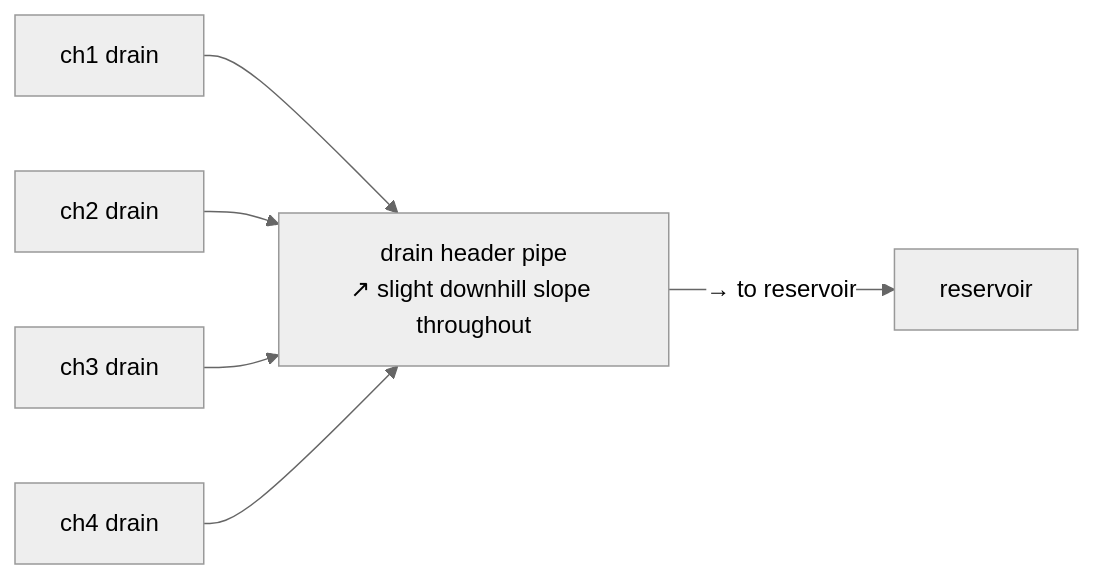
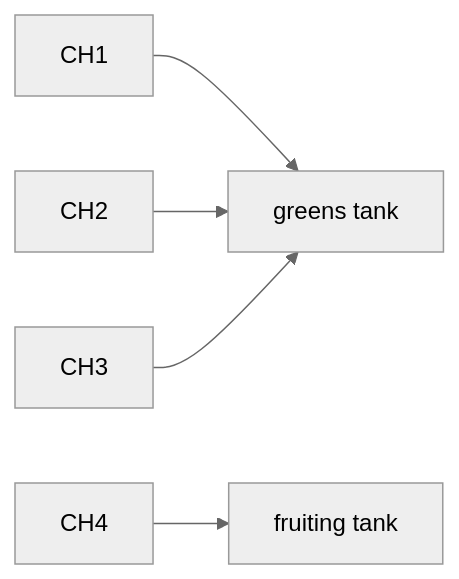
One commit to UncleJS/guide_hydroponics changed diagram 13 of 17 in guide/nft/11-build-guide.md. Above: the diagram before and after it, drawn with Mermaid (neutral theme). The commit also changed other lines of this file and 35 other files, not shown here.

````diff
--- a/guide/nft/11-build-guide.md
+++ b/guide/nft/11-build-guide.md
@@ -600,5 +612,5 @@
 ```mermaid
 flowchart LR
-    D1["ch1 drain"] & D2["ch2 drain"] & D3["ch3 drain"] & D4["ch4 drain"] --> HDR["drain header pipe<br/>↗ slight downhill slope throughout"]
-    HDR -->|"→ to reservoir"| RES["reservoir"]
+    D1["CH1"] & D2["CH2"] & D3["CH3"] --> GRES["greens tank"]
+    D4["CH4"] --> FRES["fruiting tank"]
 ```
````
